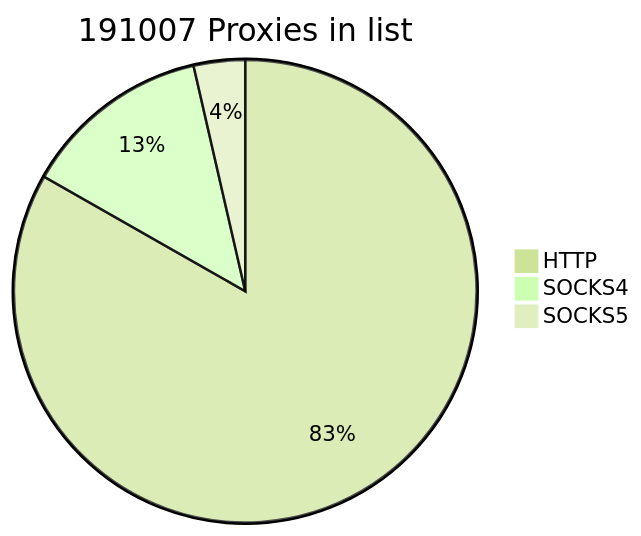
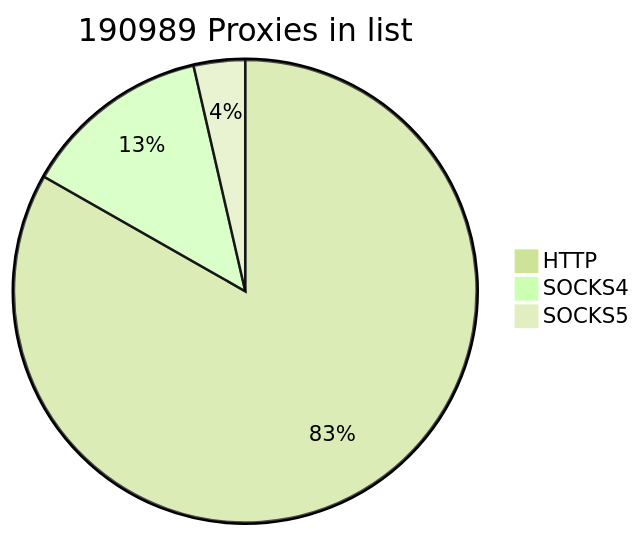
One commit to cutipu/proxylist changed the first of 2 diagrams in README.md. Above: the diagram before and after it, drawn with Mermaid (forest theme). The commit also changed other lines of this file, not shown here.

````diff
--- a/README.md
+++ b/README.md
@@ -2,7 +2,7 @@
 ```mermaid
-pie title 191007 Proxies in list
-    "HTTP" : 158990
-    "SOCKS4" : 25161
+pie title 190989 Proxies in list
+    "HTTP" : 158971
+    "SOCKS4" : 25162
     "SOCKS5" : 6856
             
 ```
````
